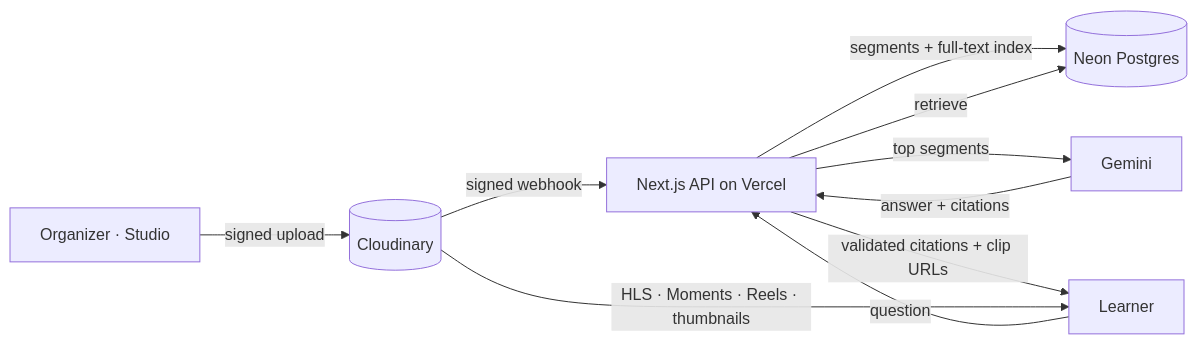
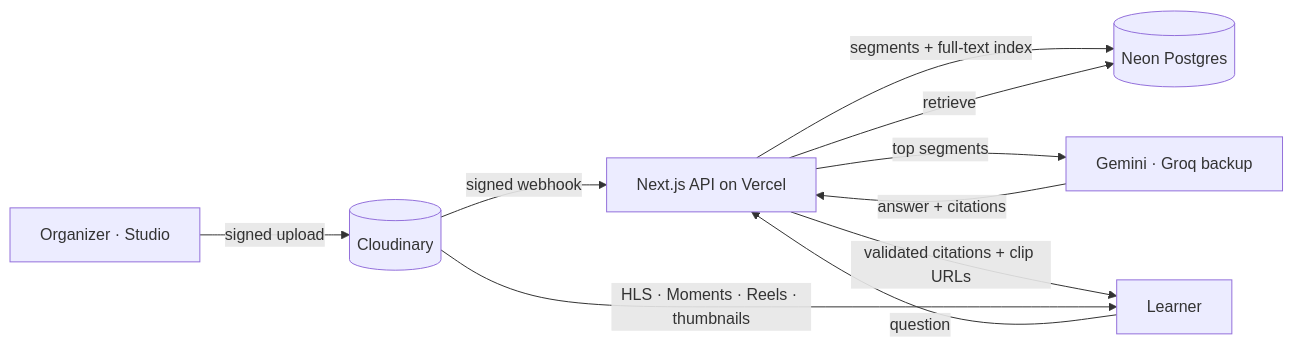
Before and after one commit to Monolithic-Dev/Pravaha: the diagram in README.md, drawn with Mermaid. The commit also changed other lines of this file and 8 other files, not shown here.

First line of the commit message:
feat(ai): fall back to Groq when every Gemini model fails

````diff
--- a/README.md
+++ b/README.md
@@ -108,12 +108,12 @@
 ```mermaid
 flowchart LR
   O[Organizer · Studio] -- signed upload --> C[(Cloudinary)]
   C -- signed webhook --> API[Next.js API on Vercel]
   API -- segments + full-text index --> DB[(Neon Postgres)]
   L[Learner] -- question --> API
   API -- retrieve --> DB
-  API -- top segments --> G[Gemini]
+  API -- top segments --> G[Gemini · Groq backup]
   G -- answer + citations --> API
   API -- validated citations + clip URLs --> L
   C -- HLS · Moments · Reels · thumbnails --> L
 ```
````
